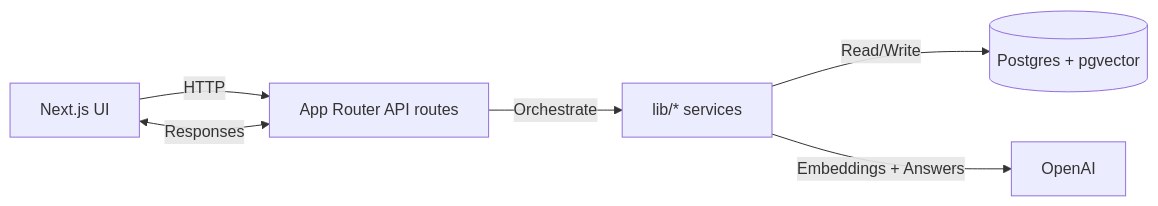
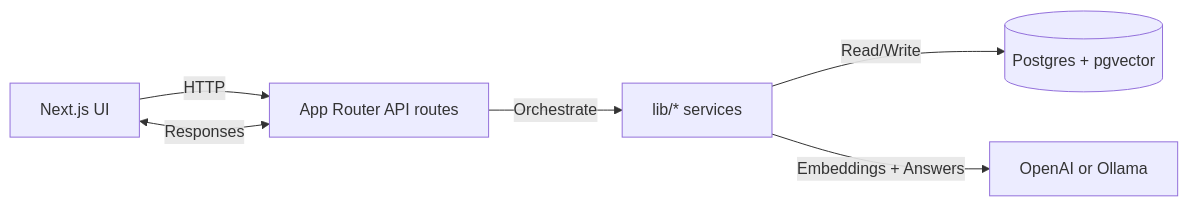
Before and after one commit to sanjayy0612/Re-search_space: the diagram in README.md, drawn with Mermaid. The commit also changed other lines of this file and 4 other files, not shown here.

Commit message:
ollama open source configs added

````diff
--- a/README.md
+++ b/README.md
@@ -38,8 +39,8 @@
 ```mermaid
 flowchart LR
 	UI[Next.js UI] -->|HTTP| API[App Router API routes]
 	API -->|Orchestrate| LIB[lib/* services]
 	LIB -->|Read/Write| DB[(Postgres + pgvector)]
-	LIB -->|Embeddings + Answers| LLM[OpenAI]
+	LIB -->|Embeddings + Answers| LLM[OpenAI or Ollama]
 	UI <-->|Responses| API
 ```
````
